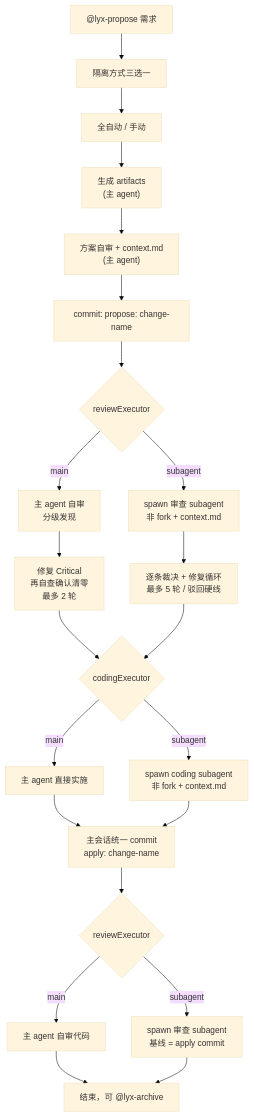
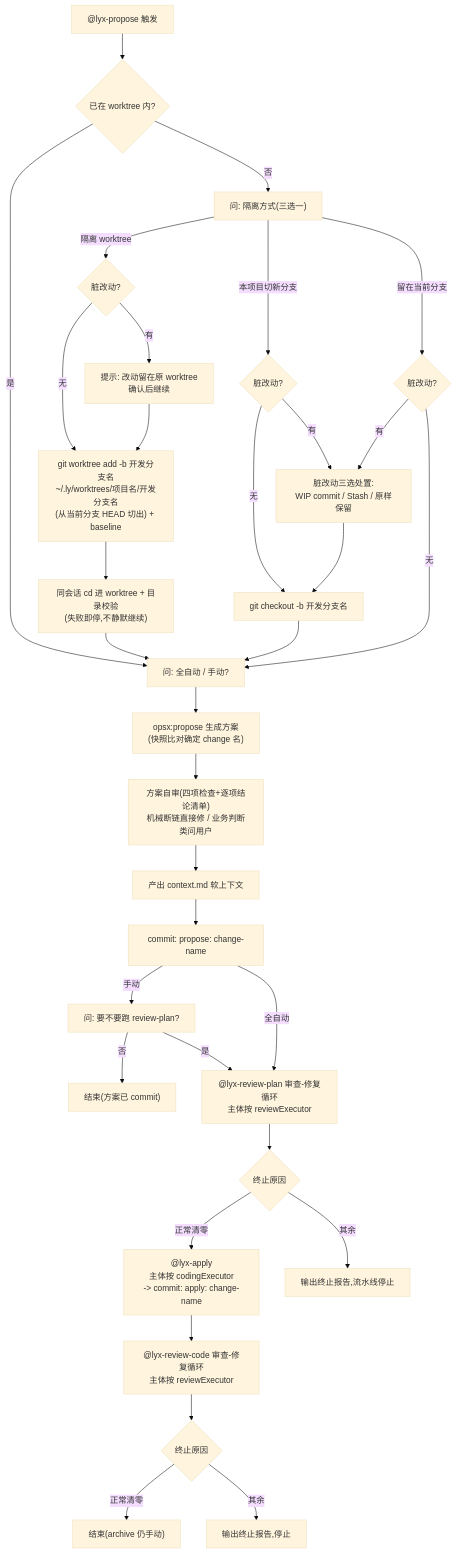
Before and after one commit to FE-runner/ly-workflow-codex: the first of 4 diagrams in workflow.md, drawn with Mermaid (base theme). The commit also changed other lines of this file and 24 other files, not shown here.

Commit message:
apply: switchable-executor-flow

````diff
--- a/workflow.md
+++ b/workflow.md
@@ -9,24 +7,37 @@
 ```mermaid
 flowchart TD
-    A["@lyx-propose 需求"] --> B["隔离方式三选一"]
-    B --> C["全自动 / 手动"]
-    C --> D["生成 artifacts<br/>(主 agent)"]
-    D --> E["方案自审 + context.md<br/>(主 agent)"]
-    E --> F["commit: propose: change-name"]
-    F --> G{"reviewExecutor"}
-    G -->|main| H["主 agent 自审<br/>分级发现"]
-    G -->|subagent| I["spawn 审查 subagent<br/>非 fork + context.md"]
-    H --> J["修复 Critical<br/>再自查确认清零<br/>最多 2 轮"]
-    I --> K["逐条裁决 + 修复循环<br/>最多 5 轮 / 驳回硬线"]
-    J --> L{"codingExecutor"}
-    K --> L
-    L -->|main| M["主 agent 直接实施"]
-    L -->|subagent| N["spawn coding subagent<br/>非 fork + context.md"]
-    M --> O["主会话统一 commit<br/>apply: change-name"]
-    N --> O
-    O --> P{"reviewExecutor"}
-    P -->|main| Q["主 agent 自审代码"]
-    P -->|subagent| R["spawn 审查 subagent<br/>基线 = apply commit"]
-    Q --> S["结束，可 @lyx-archive"]
-    R --> S
+    Start["@lyx-propose 触发"] --> InWt{已在 worktree 内?}
+    InWt -->|是| AskAuto["问: 全自动 / 手动?"]
+    InWt -->|否| AskIso["问: 隔离方式(三选一)"]
+    AskIso -->|隔离 worktree| WtDirty{"脏改动?"}
+    WtDirty -->|有| WtHint["提示: 改动留在原 worktree<br/>确认后继续"]
+    WtDirty -->|无| WtCreate
+    WtHint --> WtCreate["git worktree add -b 开发分支名<br/>~/.ly/worktrees/项目名/开发分支名<br/>(从当前分支 HEAD 切出) + baseline"]
+    WtCreate --> WtCd["同会话 cd 进 worktree + 目录校验<br/>(失败即停,不静默继续)"]
+    WtCd --> AskAuto
+    AskIso -->|本项目切新分支| Dirty1{"脏改动?"}
+    Dirty1 -->|有| Disp["脏改动三选处置:<br/>WIP commit / Stash / 原样保留"]
+    Dirty1 -->|无| Branch
+    Disp --> Branch["git checkout -b 开发分支名"]
+    Branch --> AskAuto
+    AskIso -->|留在当前分支| Dirty2{"脏改动?"}
+    Dirty2 -->|有| Disp
+    Dirty2 -->|无| AskAuto
+
+    AskAuto --> Gen["opsx:propose 生成方案<br/>(快照比对确定 change 名)"]
+    Gen --> SelfReview["方案自审(四项检查+逐项结论清单)<br/>机械断链直接修 / 业务判断类问用户"]
+    SelfReview --> Ctx["产出 context.md 软上下文"]
+    Ctx --> Commit["commit: propose: change-name"]
+
+    Commit -->|手动| C3["问: 要不要跑 review-plan?"]
+    C3 -->|否| C4["结束(方案已 commit)"]
+    C3 -->|是| RP
+    Commit -->|全自动| RP["@lyx-review-plan 审查-修复循环<br/>主体按 reviewExecutor"]
+    RP --> RPExit{终止原因}
+    RPExit -->|正常清零| Apply["@lyx-apply<br/>主体按 codingExecutor<br/>-> commit: apply: change-name"]
+    RPExit -->|其余| Stop1["输出终止报告,流水线停止"]
+    Apply --> RC["@lyx-review-code 审查-修复循环<br/>主体按 reviewExecutor"]
+    RC --> RCExit{终止原因}
+    RCExit -->|正常清零| Done["结束(archive 仍手动)"]
+    RCExit -->|其余| Stop2["输出终止报告,停止"]
 ```
````
